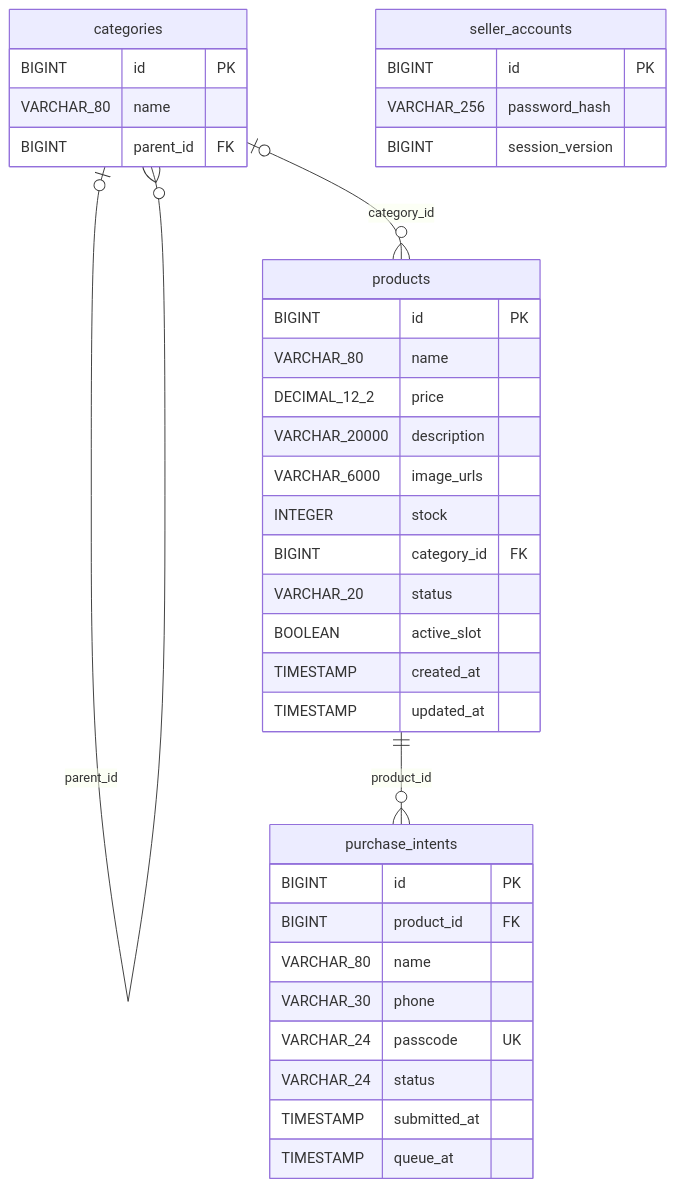
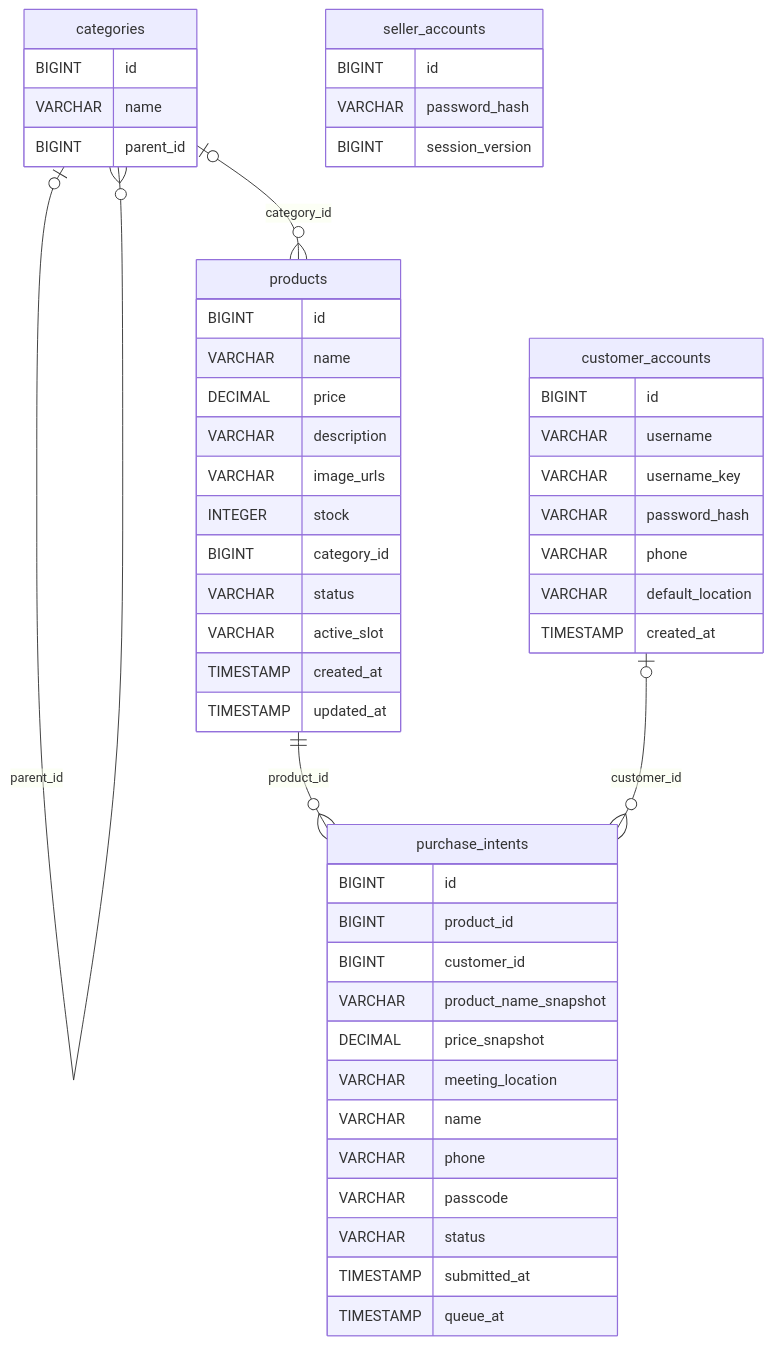
The diagram in project/mvp-v1.0/backend/docs/数据模型图.md (casf73/Software-Engineering-Practice), drawn with Mermaid before and after one commit. The commit also changed other lines of this file and 1423 other files, not shown here.

````diff
--- a/project/mvp-v1.0/backend/docs/数据模型图.md
+++ b/project/mvp-v1.0/backend/docs/数据模型图.md
@@ -9,39 +9,53 @@
 ```mermaid
 erDiagram
     categories o|--o{ categories : parent_id
     categories o|--o{ products : category_id
     products ||--o{ purchase_intents : product_id
+    customer_accounts o|--o{ purchase_intents : customer_id
     categories {
-        BIGINT id PK
-        VARCHAR_80 name
-        BIGINT parent_id FK
+        BIGINT id
+        VARCHAR name
+        BIGINT parent_id
     }
     products {
-        BIGINT id PK
-        VARCHAR_80 name
-        DECIMAL_12_2 price
-        VARCHAR_20000 description
-        VARCHAR_6000 image_urls
+        BIGINT id
+        VARCHAR name
+        DECIMAL price
+        VARCHAR description
+        VARCHAR image_urls
         INTEGER stock
-        BIGINT category_id FK
-        VARCHAR_20 status
-        BOOLEAN active_slot
+        BIGINT category_id
+        VARCHAR status
+        VARCHAR active_slot
         TIMESTAMP created_at
         TIMESTAMP updated_at
     }
     purchase_intents {
-        BIGINT id PK
-        BIGINT product_id FK
-        VARCHAR_80 name
-        VARCHAR_30 phone
-        VARCHAR_24 passcode UK
-        VARCHAR_24 status
+        BIGINT id
+        BIGINT product_id
+        BIGINT customer_id
+        VARCHAR product_name_snapshot
+        DECIMAL price_snapshot
+        VARCHAR meeting_location
+        VARCHAR name
+        VARCHAR phone
+        VARCHAR passcode
+        VARCHAR status
         TIMESTAMP submitted_at
         TIMESTAMP queue_at
     }
+    customer_accounts {
+        BIGINT id
+        VARCHAR username
+        VARCHAR username_key
+        VARCHAR password_hash
+        VARCHAR phone
+        VARCHAR default_location
+        TIMESTAMP created_at
+    }
     seller_accounts {
-        BIGINT id PK
-        VARCHAR_256 password_hash
+        BIGINT id
+        VARCHAR password_hash
         BIGINT session_version
     }
 ```
````
